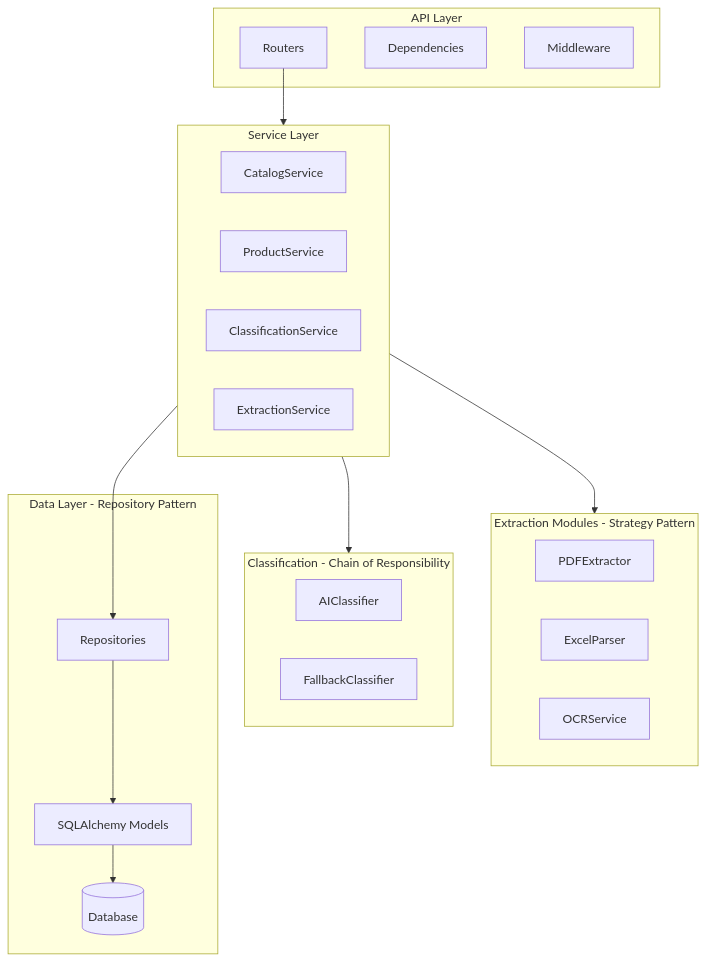
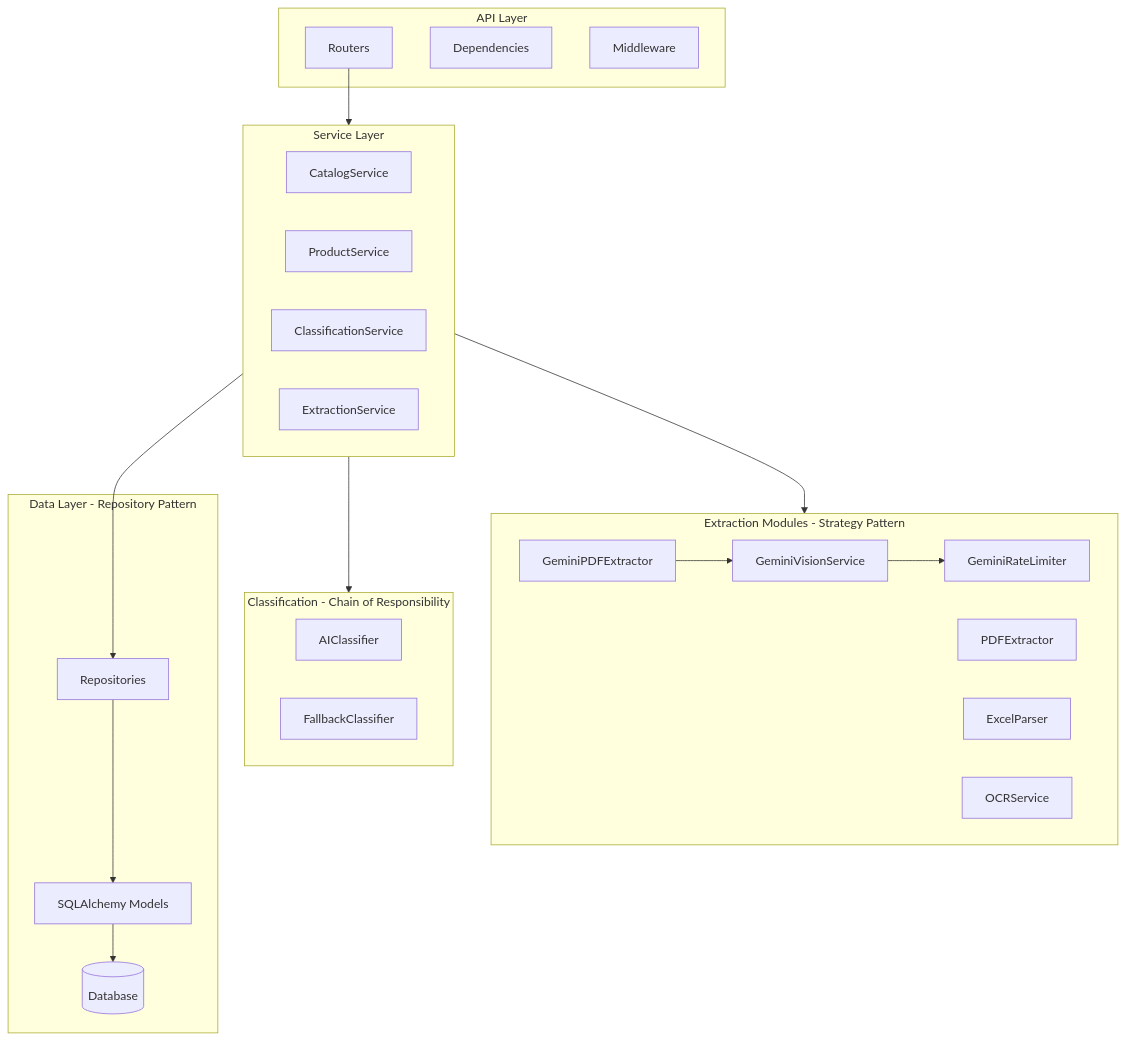
One commit to Miguel19x/IrisClassifier changed the diagram in ARCHITECTURE.md. Above: the diagram before and after it, drawn with Mermaid. The commit also changed other lines of this file and 27 other files, not shown here.

````diff
--- a/ARCHITECTURE.md
+++ b/ARCHITECTURE.md
@@ -9,39 +9,44 @@
 ```mermaid
 graph TB
     subgraph API["API Layer"]
         Router[Routers]
         Deps[Dependencies]
         Middleware[Middleware]
     end
     
     subgraph Services["Service Layer"]
         CatalogService[CatalogService]
         ProductService[ProductService]
         ClassificationService[ClassificationService]
         ExtractionService[ExtractionService]
     end
     
     subgraph Extractors["Extraction Modules - Strategy Pattern"]
+        GeminiPDFExtractor[GeminiPDFExtractor]
+        GeminiVision[GeminiVisionService]
         PDFExtractor[PDFExtractor]
         ExcelParser[ExcelParser]
         OCRService[OCRService]
+        RateLimiter[GeminiRateLimiter]
     end
     
     subgraph Classifiers["Classification - Chain of Responsibility"]
         AIClassifier[AIClassifier]
         FallbackClassifier[FallbackClassifier]
     end
     
     subgraph Data["Data Layer - Repository Pattern"]
         Repository[Repositories]
         Models[SQLAlchemy Models]
         DB[(Database)]
     end
     
     Router --> Services
     Services --> Extractors
     Services --> Classifiers
     Services --> Repository
     Repository --> Models
     Models --> DB
+    GeminiPDFExtractor --> GeminiVision
+    GeminiVision --> RateLimiter
 ```
````
